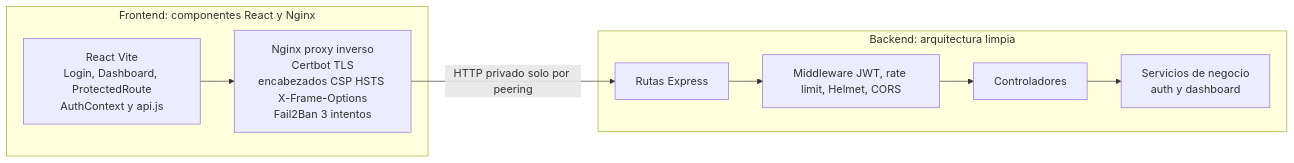
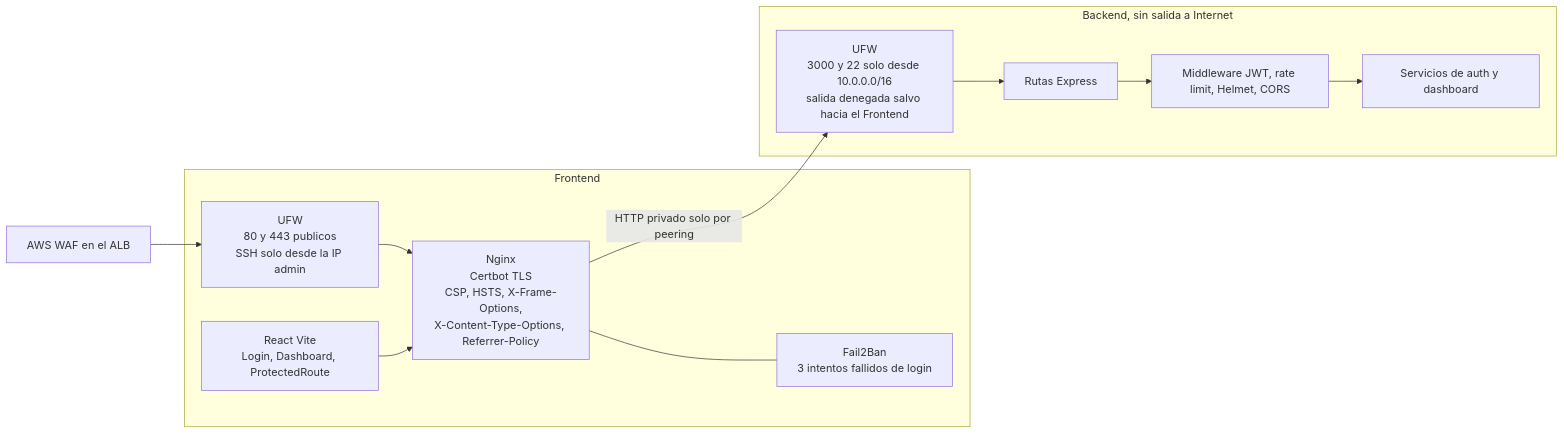
Before and after one commit to EduardoRamos21/actividad-1-zero-trust: the second of 3 diagrams in diagrama-arquitectura.md, drawn with Mermaid. The commit also changed other lines of this file and 7 other files, not shown here.

First line of the commit message:
Sustituye CloudFront por un ALB con WAF regional.

````diff
--- a/diagrama-arquitectura.md
+++ b/diagrama-arquitectura.md
@@ -51,18 +63,22 @@
 ```mermaid
 flowchart LR
-  subgraph FrontSW["Frontend: componentes React y Nginx"]
-    Nginx["Nginx proxy inverso<br/>Certbot TLS<br/>encabezados CSP HSTS X-Frame-Options<br/>Fail2Ban 3 intentos"]
-    React["React Vite<br/>Login, Dashboard, ProtectedRoute<br/>AuthContext y api.js"]
+  WAF2["AWS WAF en el ALB"]
+  subgraph FrontSW["Frontend"]
+    UFWF["UFW<br/>80 y 443 publicos<br/>SSH solo desde la IP admin"]
+    Nginx["Nginx<br/>Certbot TLS<br/>CSP, HSTS, X-Frame-Options,<br/>X-Content-Type-Options, Referrer-Policy"]
+    F2B["Fail2Ban<br/>3 intentos fallidos de login"]
+    React["React Vite<br/>Login, Dashboard, ProtectedRoute"]
   end
 
-  subgraph BackSW["Backend: arquitectura limpia"]
+  subgraph BackSW["Backend, sin salida a Internet"]
+    UFWB["UFW<br/>3000 y 22 solo desde 10.0.0.0/16<br/>salida denegada salvo hacia el Frontend"]
     Routes["Rutas Express"]
     MW["Middleware JWT, rate limit, Helmet, CORS"]
-    Ctrl["Controladores"]
-    Svc["Servicios de negocio<br/>auth y dashboard"]
+    Svc["Servicios de auth y dashboard"]
   end
 
+  WAF2 --> UFWF --> Nginx
   React --> Nginx
-  Nginx -->|"HTTP privado solo por peering"| Routes
-  Routes --> MW --> Ctrl --> Svc
+  Nginx --- F2B
+  Nginx -->|"HTTP privado solo por peering"| UFWB --> Routes --> MW --> Svc
 ```
````
